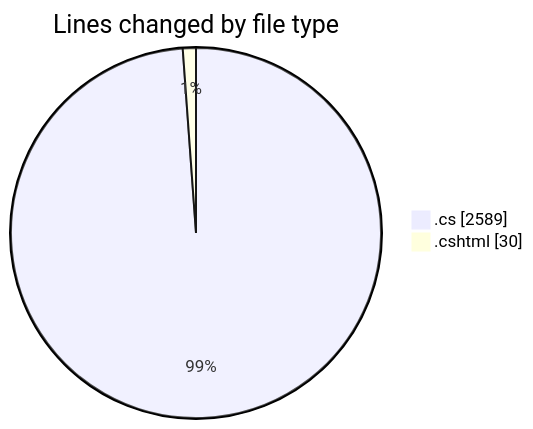
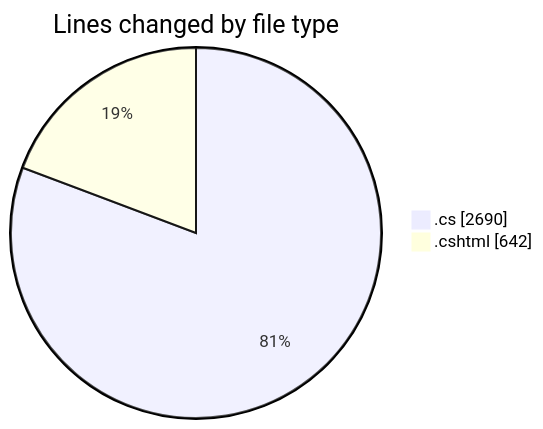
One commit to lephambinh05/code-tracking changed the first of 2 diagrams in 2025-07-15/nhahang/README.md. Above: the diagram before and after it, drawn with Mermaid. The commit also changed other lines of this file and 1 other file, not shown here.

````diff
--- a/2025-07-15/nhahang/README.md
+++ b/2025-07-15/nhahang/README.md
@@ -67,6 +75,6 @@
 ```mermaid
 pie showData
 title Lines changed by file type
-".cs" : 2589
-".cshtml" : 30
+".cs" : 2690
+".cshtml" : 642
 ```
````
